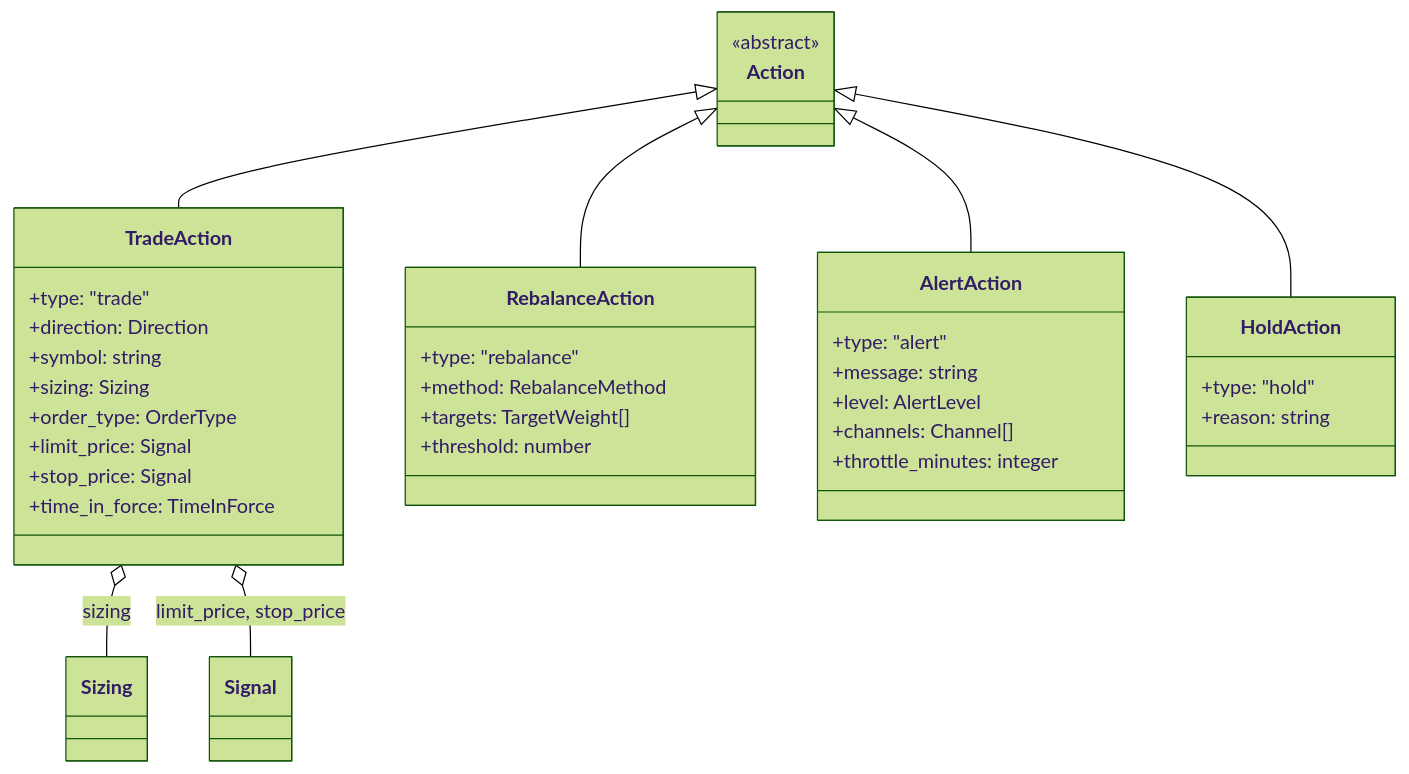
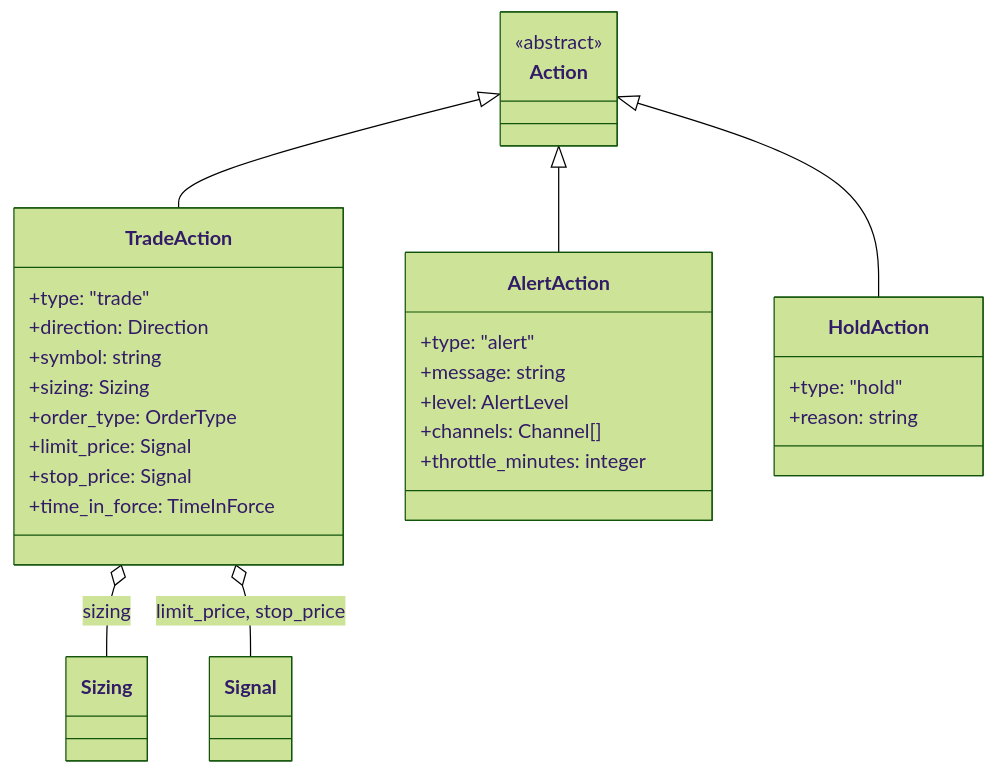
Before and after one commit to obichan117/universal-trading-strategy-schema: the seventh of 8 diagrams in docs/specification.md, drawn with Mermaid (forest theme). The commit also changed other lines of this file and 24 other files, not shown here.

First line of the commit message:
refactor: remove redundant schema types and add missing sizing types

````diff
--- a/docs/specification.md
+++ b/docs/specification.md
@@ -982,41 +965,34 @@
 ```mermaid
 classDiagram
     class Action {
         <<abstract>>
     }
     class TradeAction {
         +type: "trade"
         +direction: Direction
         +symbol: string
         +sizing: Sizing
         +order_type: OrderType
         +limit_price: Signal
         +stop_price: Signal
         +time_in_force: TimeInForce
     }
-    class RebalanceAction {
-        +type: "rebalance"
-        +method: RebalanceMethod
-        +targets: TargetWeight[]
-        +threshold: number
-    }
     class AlertAction {
         +type: "alert"
         +message: string
         +level: AlertLevel
         +channels: Channel[]
         +throttle_minutes: integer
     }
     class HoldAction {
         +type: "hold"
         +reason: string
     }
 
     Action <|-- TradeAction
-    Action <|-- RebalanceAction
     Action <|-- AlertAction
     Action <|-- HoldAction
 
     TradeAction o-- Sizing : sizing
     TradeAction o-- Signal : limit_price, stop_price
 ```
````
